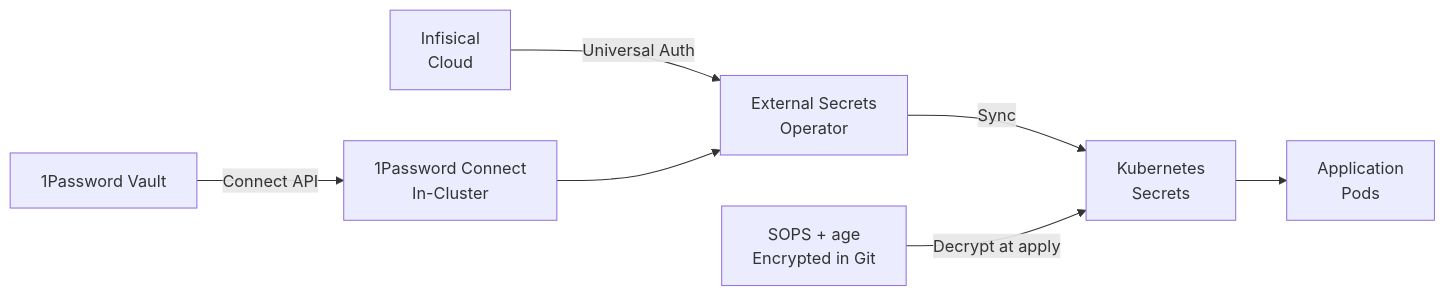
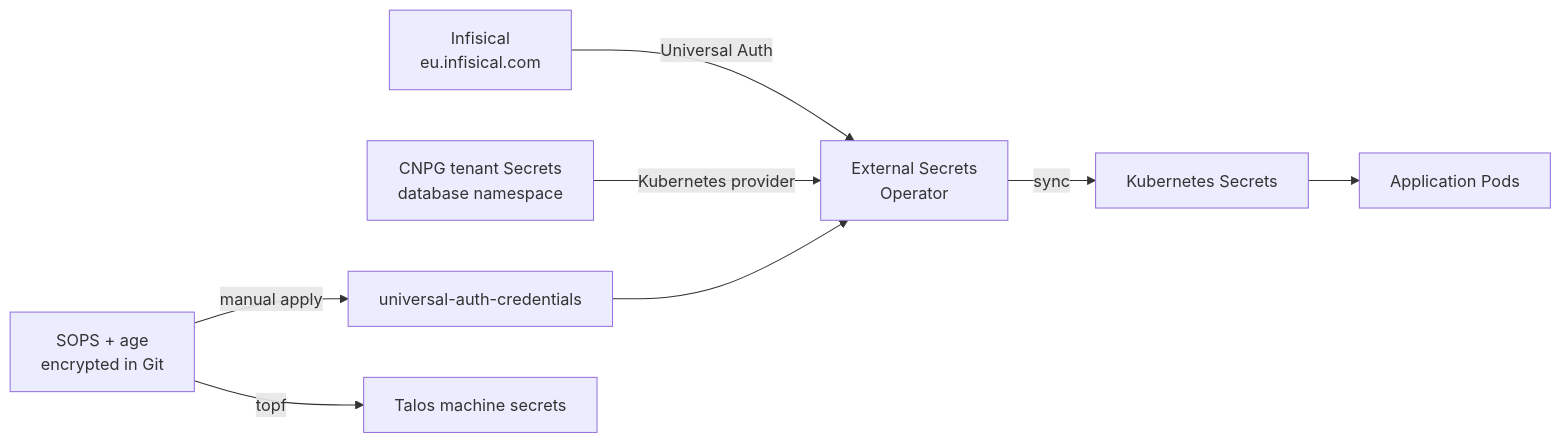
Before and after one commit to swibrow/home-ops: the second of 2 diagrams in docs/security/index.md, drawn with Mermaid. The commit also changed other lines of this file and 105 other files, not shown here.

````diff
--- a/docs/security/index.md
+++ b/docs/security/index.md
@@ -24,10 +24,11 @@
 ```mermaid
 flowchart LR
-    OP[1Password Vault] -->|Connect API| OPC[1Password Connect\nIn-Cluster]
-    INF[Infisical\nCloud] -->|Universal Auth| ESO
-    OPC --> ESO[External Secrets\nOperator]
-    ESO -->|Sync| KS[Kubernetes\nSecrets]
-    KS --> APP[Application\nPods]
+    INF[Infisical<br/>eu.infisical.com] -->|Universal Auth| ESO[External Secrets<br/>Operator]
+    DB[CNPG tenant Secrets<br/>database namespace] -->|Kubernetes provider| ESO
+    ESO -->|sync| KS[Kubernetes Secrets]
+    KS --> APP[Application Pods]
 
-    SOPS[SOPS + age\nEncrypted in Git] -->|Decrypt at apply| KS
+    SOPS[SOPS + age<br/>encrypted in Git] -->|manual apply| UAC[universal-auth-credentials]
+    UAC --> ESO
+    SOPS -->|topf| Talos[Talos machine secrets]
 ```
````
